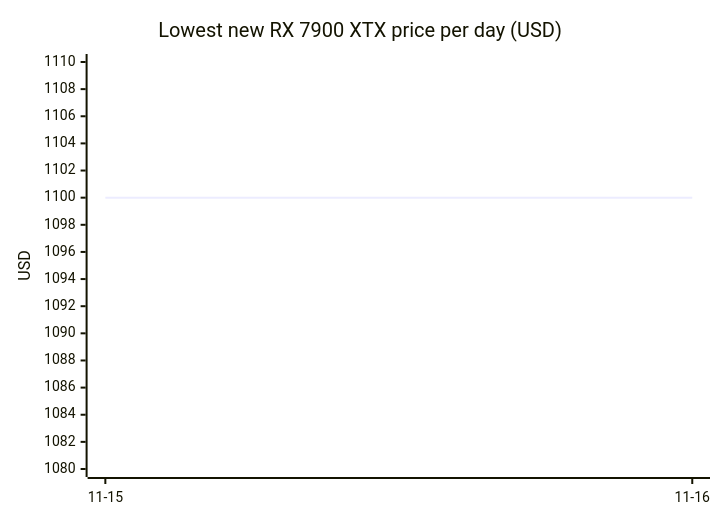
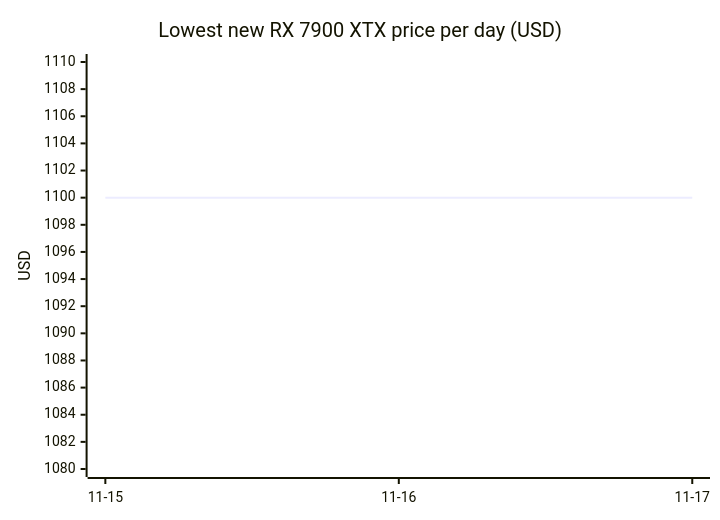
One commit to 7324136828/4tb_ssd_price_watch changed diagram 13 of 18 in README.md. Above: the diagram before and after it, drawn with Mermaid. The commit also changed other lines of this file, not shown here.

````diff
--- a/README.md
+++ b/README.md
@@ -612,7 +635,7 @@
 ```mermaid
 xychart-beta
     title "Lowest new RX 7900 XTX price per day (USD)"
-    x-axis ["11-15", "11-16"]
+    x-axis ["11-15", "11-16", "11-17"]
     y-axis "USD" 1080 --> 1110
-    line [1099.99, 1099.99]
+    line [1099.99, 1099.99, 1099.99]
 ```
````
